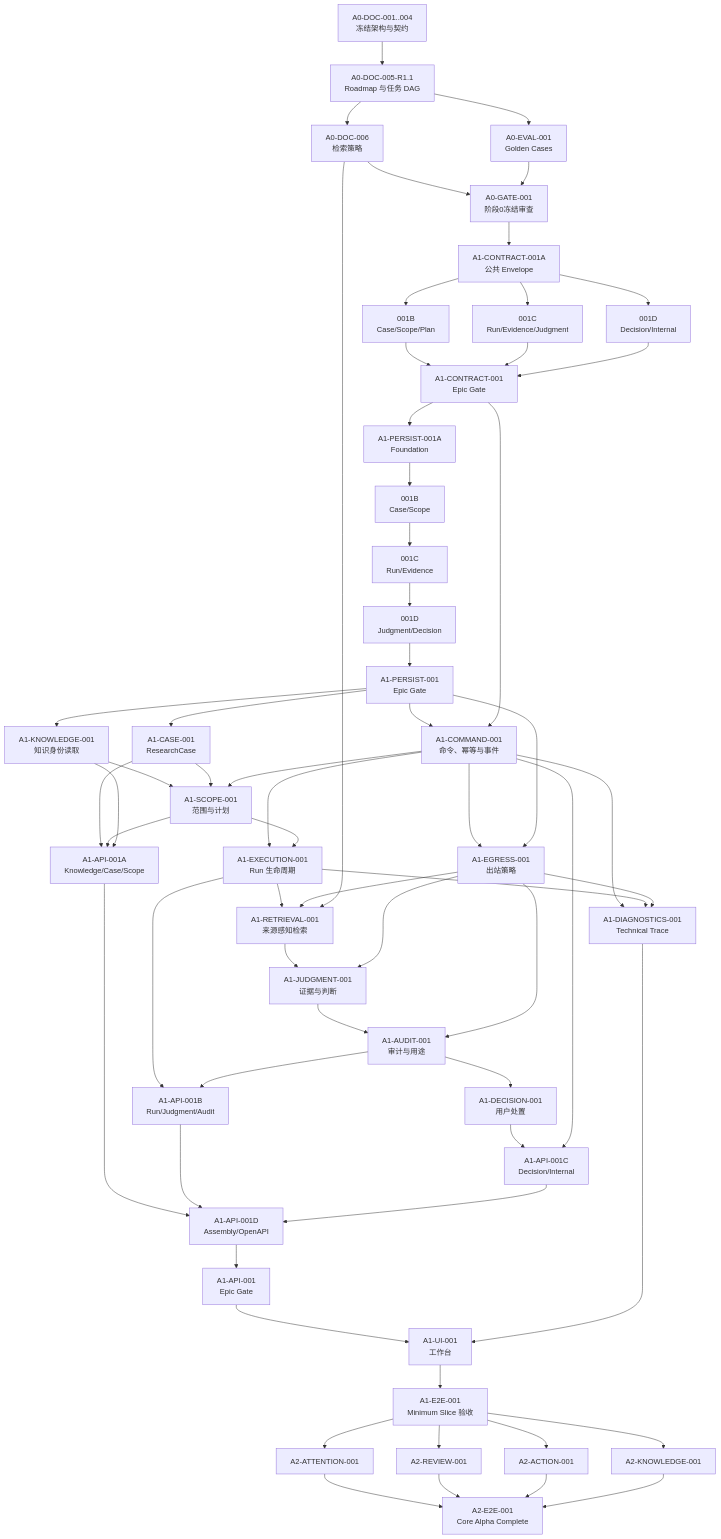
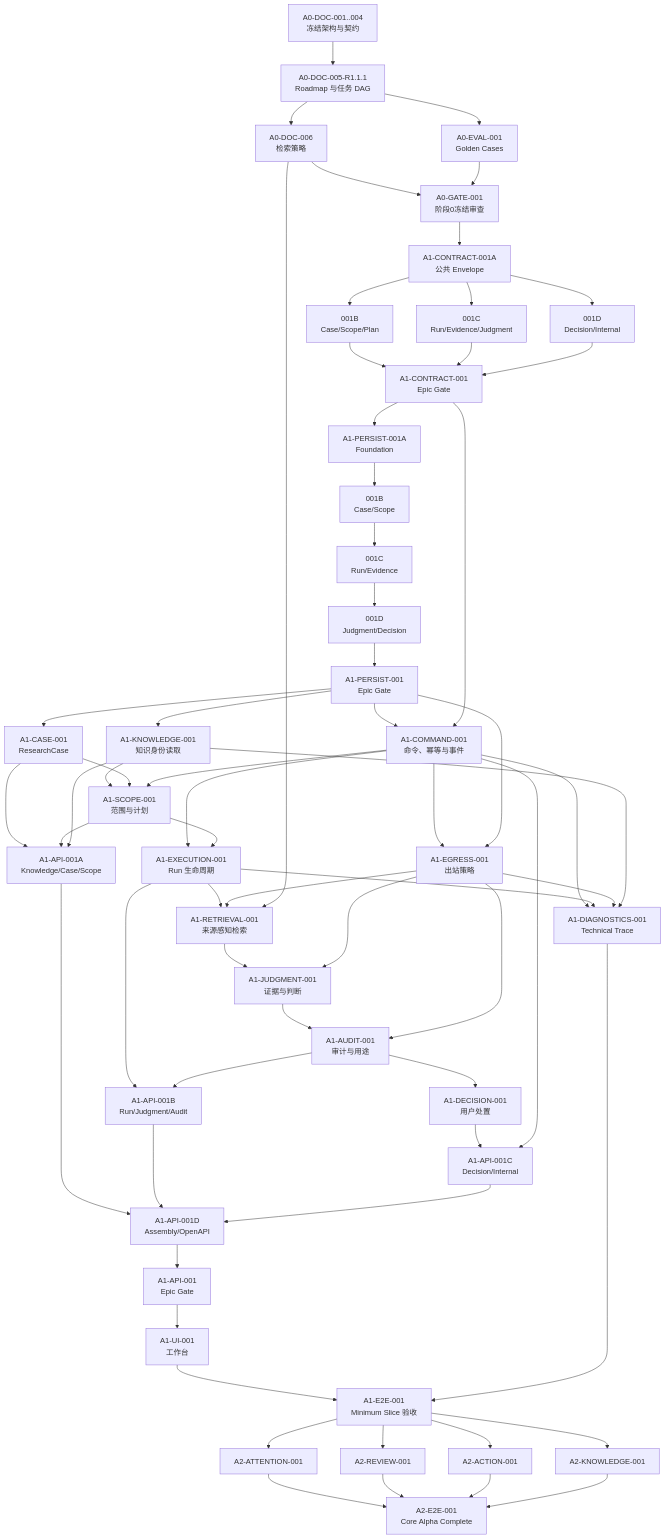
Before and after one commit to baijianqing/yantie-history: the diagram in docs/TASK_INDEX.md, drawn with Mermaid. The commit also changed other lines of this file and 1 other file, not shown here.

Commit message:
docs: finalize roadmap scheduling contracts

````diff
--- a/docs/TASK_INDEX.md
+++ b/docs/TASK_INDEX.md
@@ -23,68 +23,69 @@
 ```mermaid
 flowchart TB
-    D1["A0-DOC-001..004<br/>冻结架构与契约"] --> D5["A0-DOC-005-R1.1<br/>Roadmap 与任务 DAG"]
+    D1["A0-DOC-001..004<br/>冻结架构与契约"] --> D5["A0-DOC-005-R1.1.1<br/>Roadmap 与任务 DAG"]
     D5 --> D6["A0-DOC-006<br/>检索策略"]
     D5 --> E0["A0-EVAL-001<br/>Golden Cases"]
     D6 --> G0["A0-GATE-001<br/>阶段0冻结审查"]
     E0 --> G0
 
     G0 --> C1A["A1-CONTRACT-001A<br/>公共 Envelope"]
     C1A --> C1B["001B<br/>Case/Scope/Plan"]
     C1A --> C1C["001C<br/>Run/Evidence/Judgment"]
     C1A --> C1D["001D<br/>Decision/Internal"]
     C1B --> CG["A1-CONTRACT-001<br/>Epic Gate"]
     C1C --> CG
     C1D --> CG
 
     CG --> P1A["A1-PERSIST-001A<br/>Foundation"]
     P1A --> P1B["001B<br/>Case/Scope"]
     P1B --> P1C["001C<br/>Run/Evidence"]
     P1C --> P1D["001D<br/>Judgment/Decision"]
     P1D --> PG["A1-PERSIST-001<br/>Epic Gate"]
 
     PG --> M1["A1-COMMAND-001<br/>命令、幂等与事件"]
     PG --> K1["A1-KNOWLEDGE-001<br/>知识身份读取"]
     PG --> CA1["A1-CASE-001<br/>ResearchCase"]
     CG --> M1
     M1 --> EG1["A1-EGRESS-001<br/>出站策略"]
     PG --> EG1
     K1 --> S1["A1-SCOPE-001<br/>范围与计划"]
     CA1 --> S1
     M1 --> S1
     M1 --> X1["A1-EXECUTION-001<br/>Run 生命周期"]
     S1 --> X1
     X1 --> R1["A1-RETRIEVAL-001<br/>来源感知检索"]
     EG1 --> R1
     D6 --> R1
     R1 --> J1["A1-JUDGMENT-001<br/>证据与判断"]
     EG1 --> J1
     J1 --> A1["A1-AUDIT-001<br/>审计与用途"]
     EG1 --> A1
     A1 --> DE1["A1-DECISION-001<br/>用户处置"]
     CA1 --> API1A["A1-API-001A<br/>Knowledge/Case/Scope"]
     S1 --> API1A
     K1 --> API1A
     X1 --> API1B["A1-API-001B<br/>Run/Judgment/Audit"]
     A1 --> API1B
     DE1 --> API1C["A1-API-001C<br/>Decision/Internal"]
     M1 --> API1C
     API1A --> API1D["A1-API-001D<br/>Assembly/OpenAPI"]
     API1B --> API1D
     API1C --> API1D
     API1D --> APIG["A1-API-001<br/>Epic Gate"]
     M1 --> DG1["A1-DIAGNOSTICS-001<br/>Technical Trace"]
     X1 --> DG1
     EG1 --> DG1
+    K1 --> DG1
     APIG --> UI1["A1-UI-001<br/>工作台"]
-    DG1 --> UI1
     UI1 --> E1["A1-E2E-001<br/>Minimum Slice 验收"]
+    DG1 --> E1
 
     E1 --> AT2["A2-ATTENTION-001"]
     E1 --> RV2["A2-REVIEW-001"]
     E1 --> AC2["A2-ACTION-001"]
     E1 --> KC2["A2-KNOWLEDGE-001"]
     AT2 --> E2["A2-E2E-001<br/>Core Alpha Complete"]
     RV2 --> E2
     AC2 --> E2
     KC2 --> E2
 ```
````
